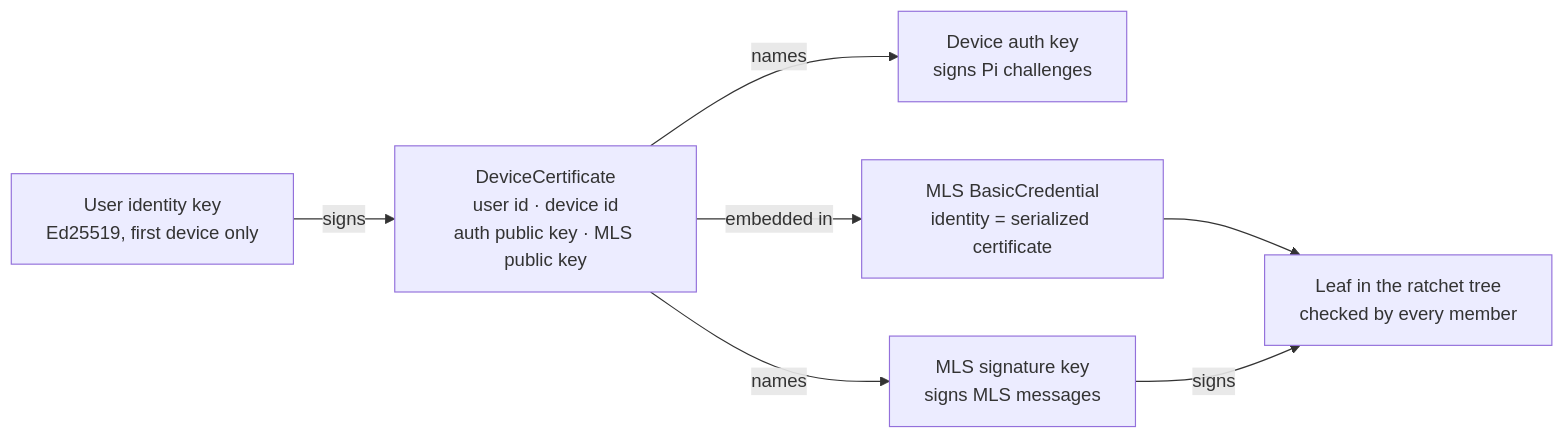
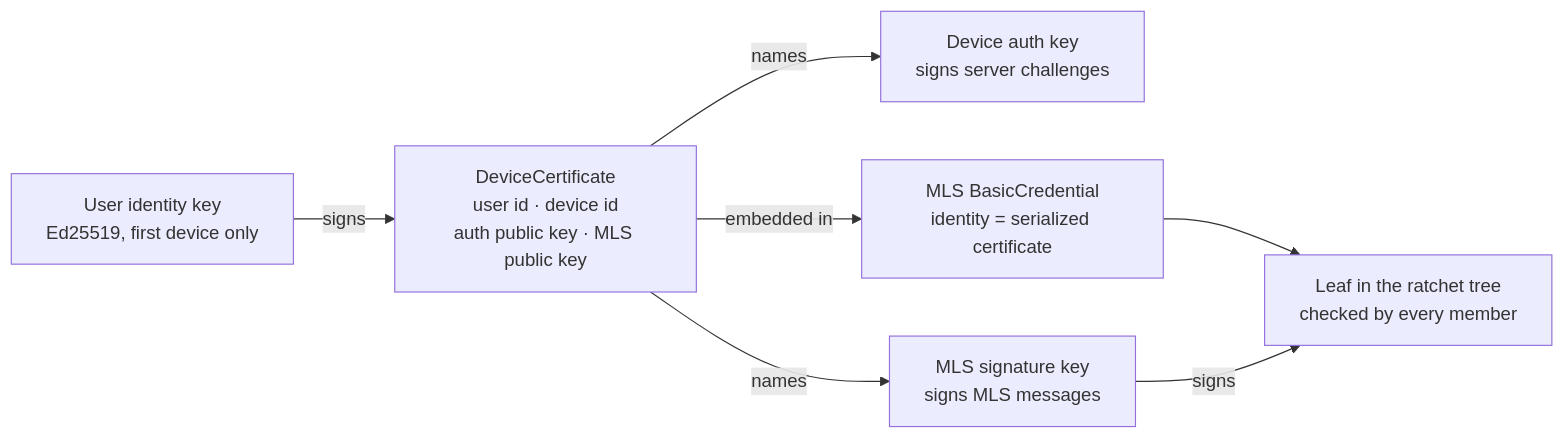
One commit to koppathachan/vyajena changed the second of 5 diagrams in openspec/changes/archive/2026-11-08-core-wire-protocol/design.md. Above: the diagram before and after it, drawn with Mermaid. The commit also changed other lines of this file and 437 other files, not shown here.

````diff
--- a/openspec/changes/archive/2026-11-08-core-wire-protocol/design.md
+++ b/openspec/changes/archive/2026-11-08-core-wire-protocol/design.md
@@ -76,15 +76,15 @@
 ```mermaid
 flowchart LR
   ik["User identity key<br/>Ed25519, first device only"]
   cert["DeviceCertificate<br/>user id · device id<br/>auth public key · MLS public key"]
-  auth["Device auth key<br/>signs Pi challenges"]
+  auth["Device auth key<br/>signs server challenges"]
   mlsk["MLS signature key<br/>signs MLS messages"]
   cred["MLS BasicCredential<br/>identity = serialized certificate"]
   leaf["Leaf in the ratchet tree<br/>checked by every member"]
   ik -->|"signs"| cert
   cert -->|"names"| auth
   cert -->|"names"| mlsk
   cert -->|"embedded in"| cred
   cred --> leaf
   mlsk -->|"signs"| leaf
 ```
````
